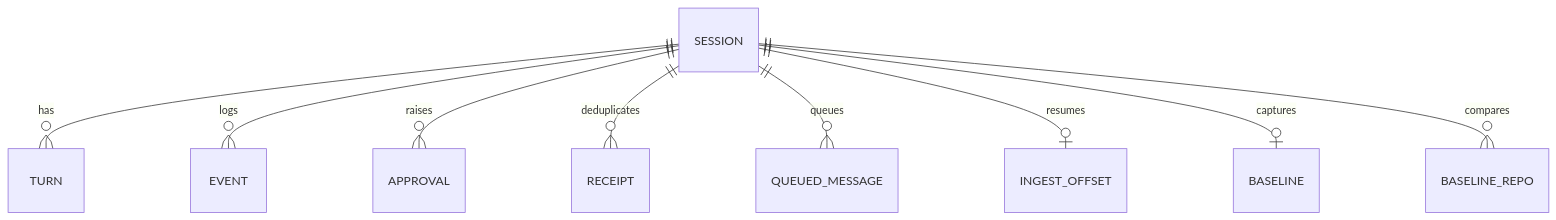
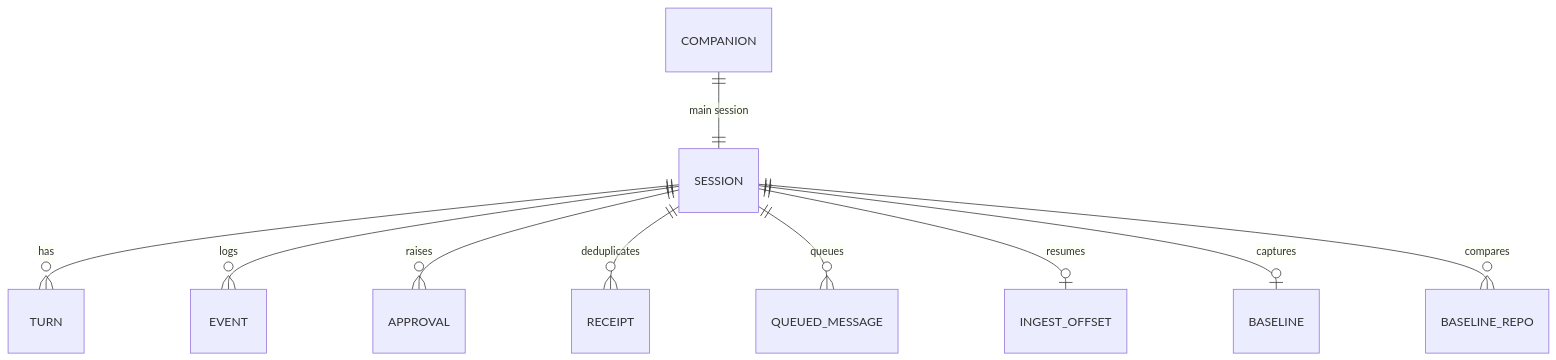
The first of 2 diagrams in docs/design/0004-session-data-model.md (yangflow/hoplet), drawn with Mermaid before and after one commit. The commit also changed other lines of this file and 6 other files, not shown here.

````diff
--- a/docs/design/0004-session-data-model.md
+++ b/docs/design/0004-session-data-model.md
@@ -26,11 +26,12 @@
 ```mermaid
 erDiagram
     SESSION ||--o{ TURN : has
     SESSION ||--o{ EVENT : logs
     SESSION ||--o{ APPROVAL : raises
     SESSION ||--o{ RECEIPT : deduplicates
     SESSION ||--o{ QUEUED_MESSAGE : queues
     SESSION ||--o| INGEST_OFFSET : resumes
     SESSION ||--o| BASELINE : captures
     SESSION ||--o{ BASELINE_REPO : compares
+    COMPANION ||--|| SESSION : "main session"
 ```
````
